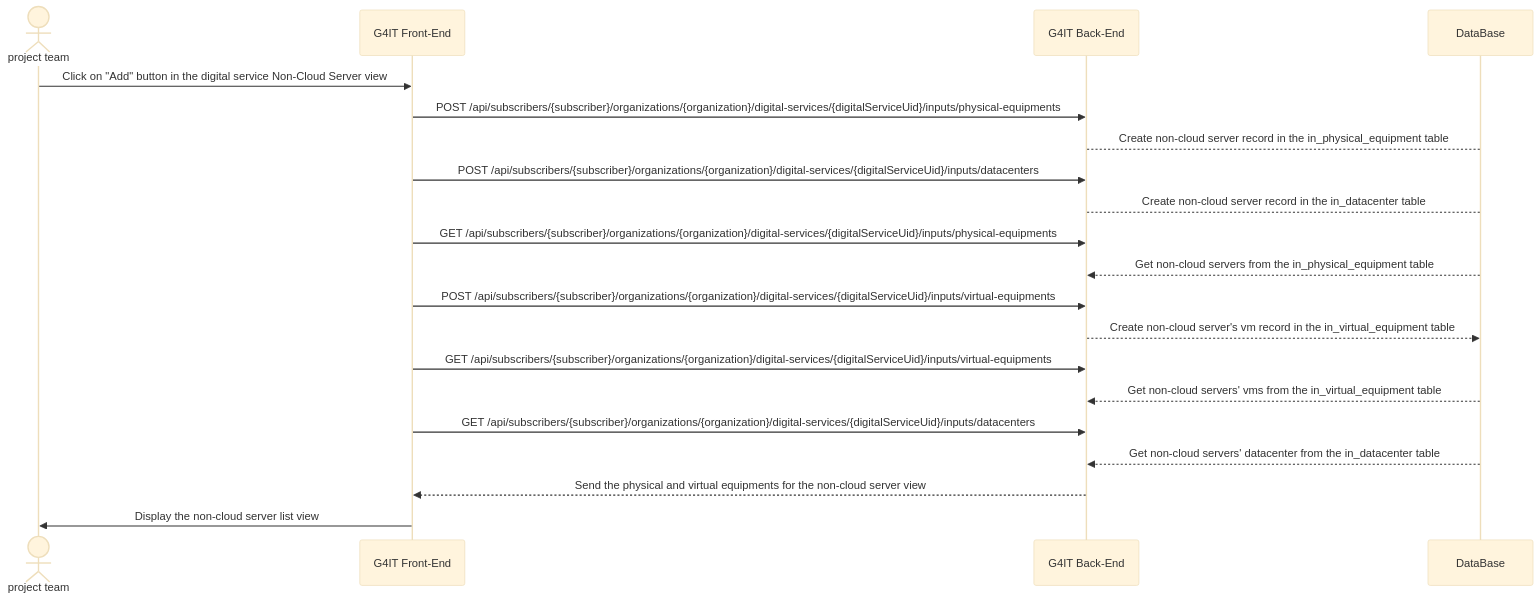
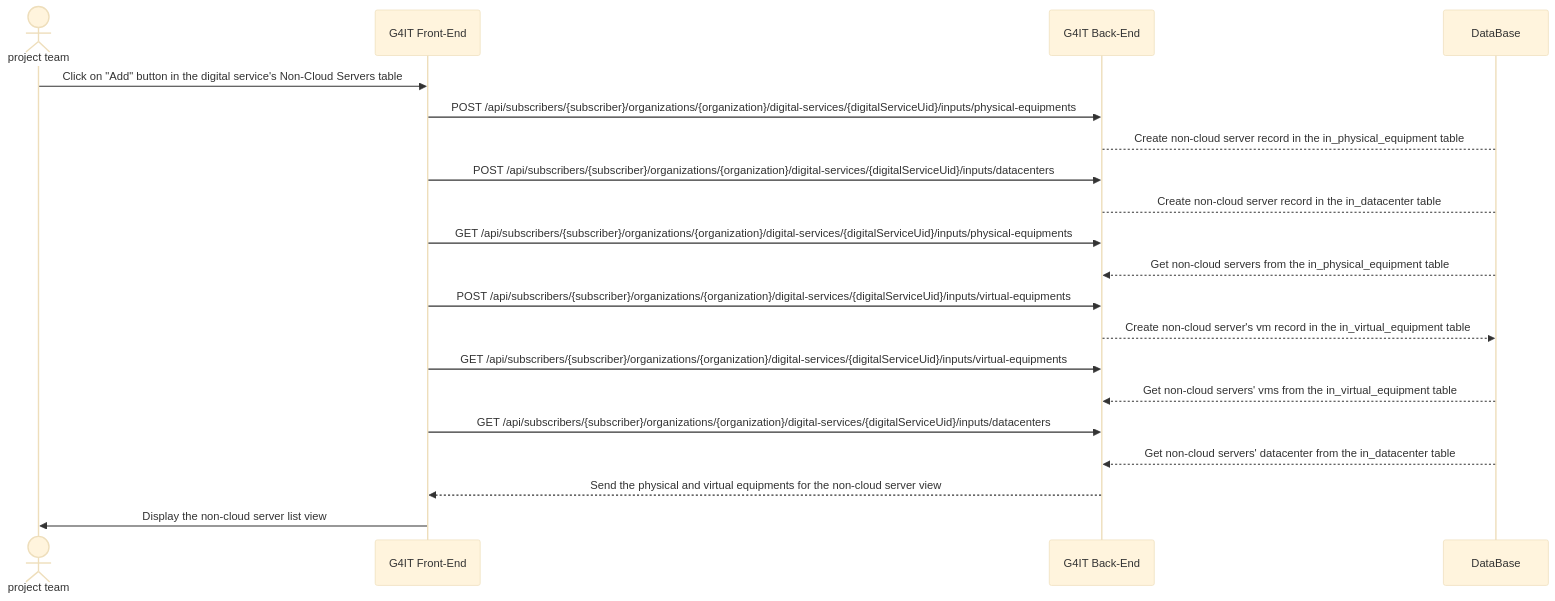
The diagram in services/documentation/content/2-functional-documentation/use_cases/uc_digital_services/uc3_add_visualize_equipments/uc3_add_visualize_noncloud-servers/add_visualize_nonCloud_servers_via_forms.md (teamg4it/g4it), drawn with Mermaid (base theme) before and after one commit. The commit also changed other lines of this file and 67 other files, not shown here.

```diff
--- a/services/documentation/content/2-functional-documentation/use_cases/uc_digital_services/uc3_add_visualize_equipments/uc3_add_visualize_noncloud-servers/add_visualize_nonCloud_servers_via_forms.md
+++ b/services/documentation/content/2-functional-documentation/use_cases/uc_digital_services/uc3_add_visualize_equipments/uc3_add_visualize_noncloud-servers/add_visualize_nonCloud_servers_via_forms.md
@@ -170,24 +162,24 @@
 {{< mermaid >}}
 sequenceDiagram
 actor RND as project team
 participant front as G4IT Front-End
 participant back as G4IT Back-End
 participant DataBase
 
-RND ->> front: Click on "Add" button in the digital service Non-Cloud Server view
+RND ->> front: Click on "Add" button in the digital service's Non-Cloud Servers table
 front ->> back: POST /api/subscribers/{subscriber}/organizations/{organization}/digital-services/{digitalServiceUid}/inputs/physical-equipments
 back--> DataBase: Create non-cloud server record in the in_physical_equipment table
 front ->> back: POST /api/subscribers/{subscriber}/organizations/{organization}/digital-services/{digitalServiceUid}/inputs/datacenters
 back--> DataBase: Create non-cloud server record in the in_datacenter table
 front ->> back: GET /api/subscribers/{subscriber}/organizations/{organization}/digital-services/{digitalServiceUid}/inputs/physical-equipments
 DataBase-->> back: Get non-cloud servers from the in_physical_equipment table
 front ->> back: POST /api/subscribers/{subscriber}/organizations/{organization}/digital-services/{digitalServiceUid}/inputs/virtual-equipments
 back-->> DataBase: Create non-cloud server's vm record in the in_virtual_equipment table
 front ->> back: GET /api/subscribers/{subscriber}/organizations/{organization}/digital-services/{digitalServiceUid}/inputs/virtual-equipments
 DataBase-->> back: Get non-cloud servers' vms from the in_virtual_equipment table
 front ->> back: GET /api/subscribers/{subscriber}/organizations/{organization}/digital-services/{digitalServiceUid}/inputs/datacenters
 DataBase-->> back: Get non-cloud servers' datacenter from the in_datacenter table
 back-->> front: Send the physical and virtual equipments for the non-cloud server view
 front->> RND : Display the non-cloud server list view
 
 {{< /mermaid >}}
```
